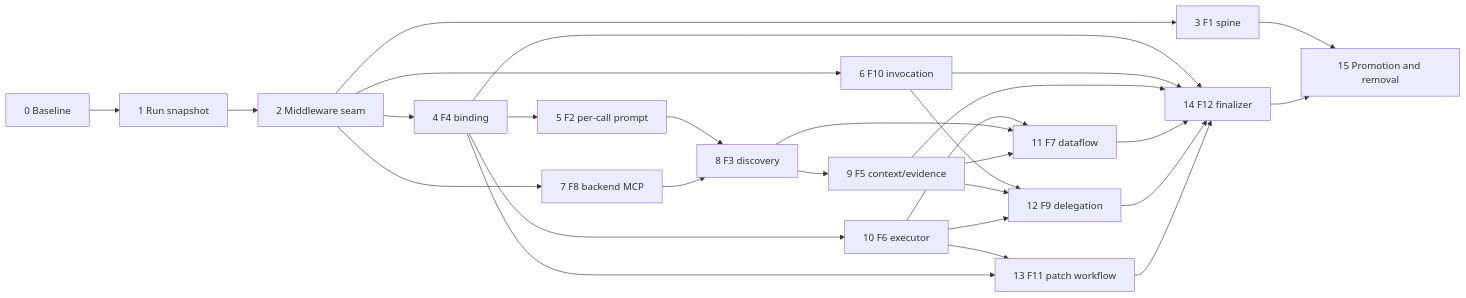
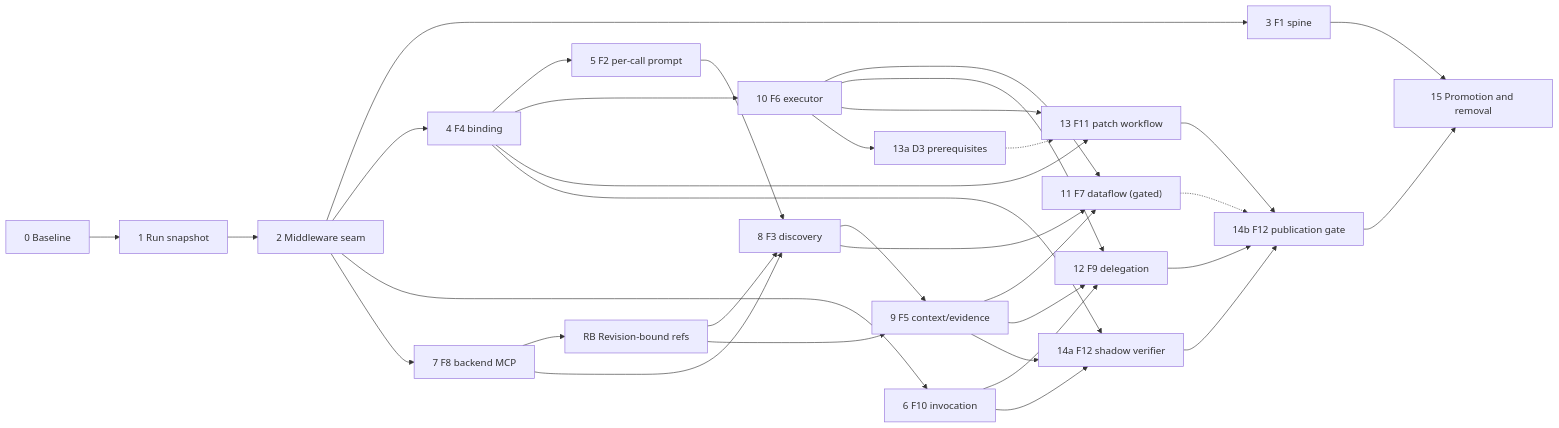
Before and after one commit to 0x-copilot-dev/0x-copilot: the second of 2 diagrams in docs/plan/agent-runtime-quality/IMPLEMENTATION-PRD-F1-F12-PRODUCTION-INTEGRATION.md, drawn with Mermaid. The commit also changed other lines of this file and 2 other files, not shown here.

````diff
--- a/docs/plan/agent-runtime-quality/IMPLEMENTATION-PRD-F1-F12-PRODUCTION-INTEGRATION.md
+++ b/docs/plan/agent-runtime-quality/IMPLEMENTATION-PRD-F1-F12-PRODUCTION-INTEGRATION.md
@@ -1429,30 +1549,36 @@
 ```mermaid
 flowchart LR
   S0["0 Baseline"] --> S1["1 Run snapshot"]
   S1 --> S2["2 Middleware seam"]
   S2 --> S3["3 F1 spine"]
   S2 --> S4["4 F4 binding"]
   S2 --> S6["6 F10 invocation"]
   S2 --> S7["7 F8 backend MCP"]
   S4 --> S5["5 F2 per-call prompt"]
   S4 --> S10["10 F6 executor"]
+  S7 --> SRB["RB Revision-bound refs"]
   S5 --> S8["8 F3 discovery"]
   S7 --> S8
+  SRB --> S8
   S8 --> S9["9 F5 context/evidence"]
-  S10 --> S11["11 F7 dataflow"]
+  SRB --> S9
+  S10 --> S11["11 F7 dataflow (gated)"]
   S8 --> S11
   S9 --> S11
   S6 --> S12["12 F9 delegation"]
   S9 --> S12
   S10 --> S12
   S10 --> S13["13 F11 patch workflow"]
   S4 --> S13
-  S4 --> S14["14 F12 finalizer"]
-  S6 --> S14
-  S9 --> S14
-  S11 --> S14
-  S12 --> S14
-  S13 --> S14
+  S10 --> S13A["13a D3 prerequisites"]
+  S13A -.-> S13
+  S4 --> S14A["14a F12 shadow verifier"]
+  S6 --> S14A
+  S9 --> S14A
+  S14A --> S14B["14b F12 publication gate"]
+  S12 --> S14B
+  S13 --> S14B
+  S11 -.-> S14B
   S3 --> S15["15 Promotion and removal"]
-  S14 --> S15
+  S14B --> S15
 ```
````
